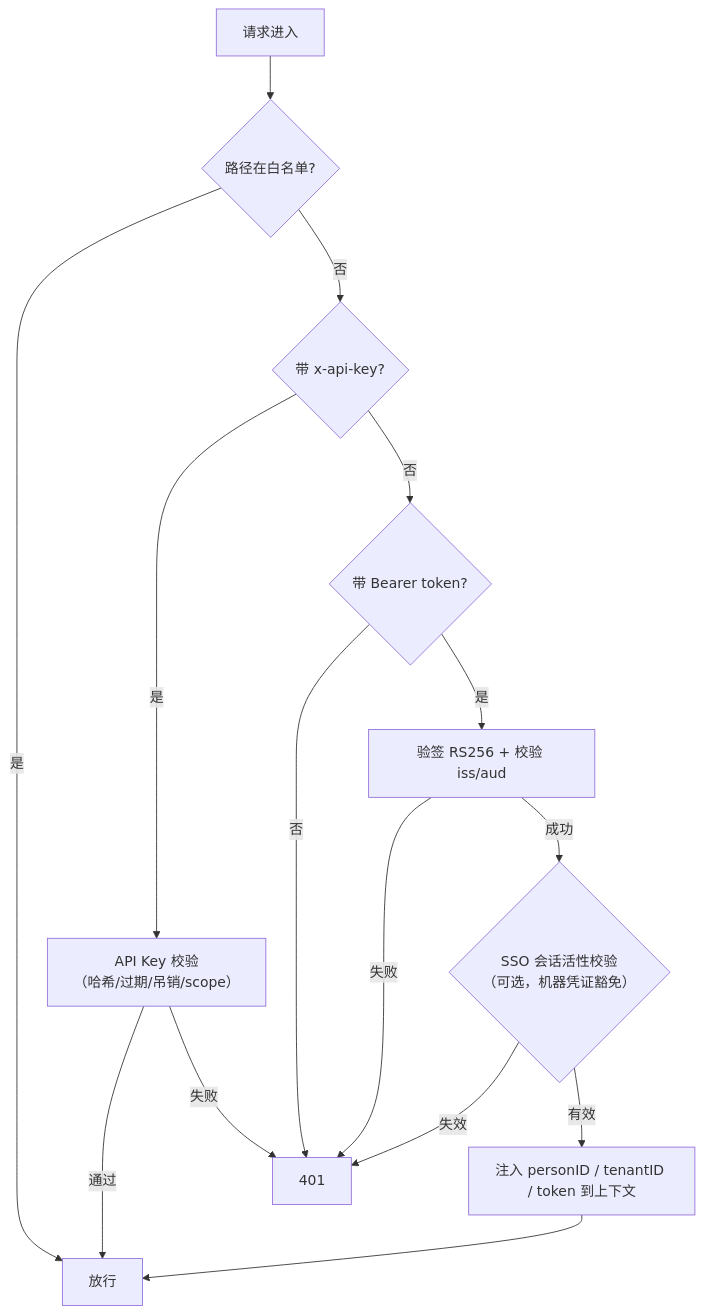
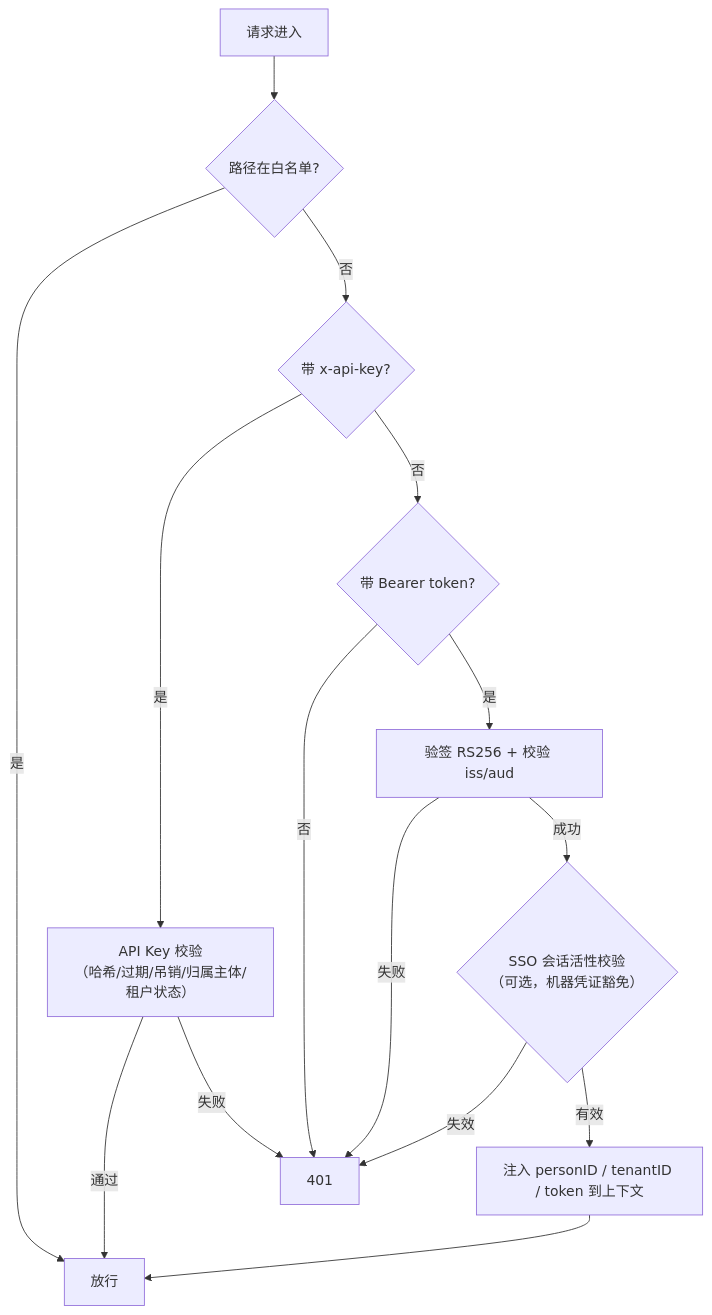
The third of 5 diagrams in docs/design/application-integration-guide.md (morehao/ark-iam), drawn with Mermaid before and after one commit. The commit also changed other lines of this file and 100 other files, not shown here.

````diff
--- a/docs/design/application-integration-guide.md
+++ b/docs/design/application-integration-guide.md
@@ -200,17 +201,17 @@
 ```mermaid
 flowchart TB
     REQ["请求进入"] --> SKIP{"路径在白名单?"}
     SKIP -->|是| NEXT["放行"]
     SKIP -->|否| AK{"带 x-api-key?"}
-    AK -->|是| AKAUTH["API Key 校验<br/>（哈希/过期/吊销/scope）"]
+    AK -->|是| AKAUTH["API Key 校验<br/>（哈希/过期/吊销/归属主体/租户状态）"]
     AKAUTH -->|通过| NEXT
     AKAUTH -->|失败| 401["401"]
     AK -->|否| TOKEN{"带 Bearer token?"}
     TOKEN -->|否| 401
     TOKEN -->|是| JWT["验签 RS256 + 校验 iss/aud"]
     JWT -->|失败| 401
     JWT -->|成功| SSO{"SSO 会话活性校验<br/>（可选，机器凭证豁免）"}
     SSO -->|失效| 401
     SSO -->|有效| CTX["注入 personID / tenantID / token 到上下文"]
     CTX --> NEXT
 ```
````
